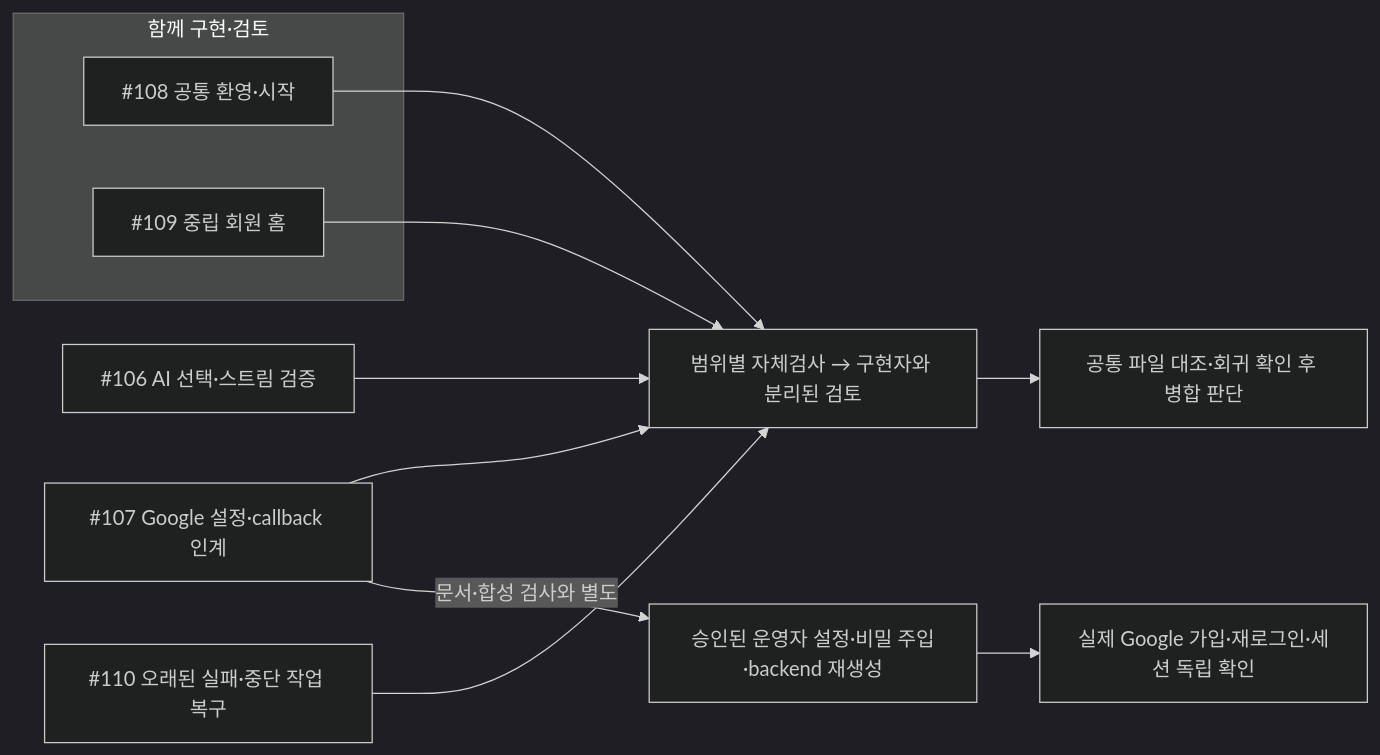
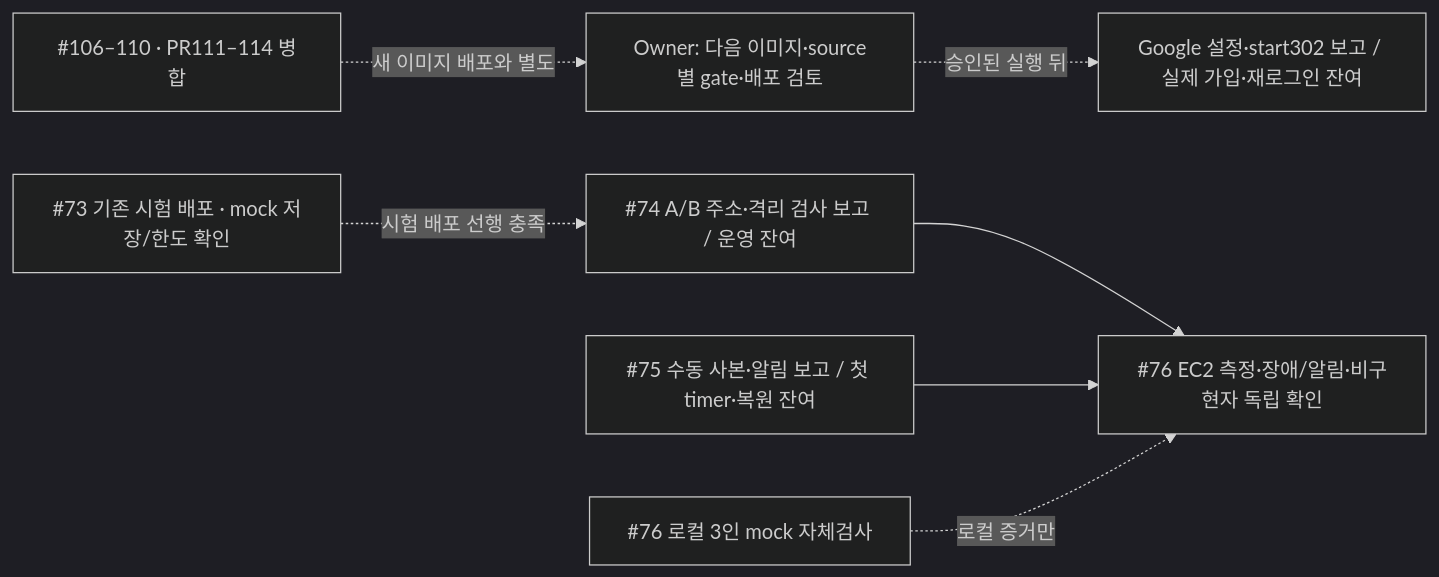
One commit to next-stop-siren/Next-Stop-Siren changed the first of 5 diagrams in docs/02-team/development-flow.md. Above: the diagram before and after it, drawn with Mermaid (dark theme). The commit also changed other lines of this file and 9 other files, not shown here.

````diff
--- a/docs/02-team/development-flow.md
+++ b/docs/02-team/development-flow.md
@@ -18,27 +22,22 @@
 ```mermaid
 flowchart LR
-  AI["#106 AI 선택·스트림 검증"]
-  GOOGLE["#107 Google 설정·callback 인계"]
-  subgraph MEMBER_HOME["함께 구현·검토"]
-    HOME108["#108 공통 환영·시작"]
-    HOME109["#109 중립 회원 홈"]
-  end
-  HISTORY["#110 오래된 실패·중단 작업 복구"]
-  REVIEW["범위별 자체검사 → 구현자와 분리된 검토"]
-  INTEGRATE["공통 파일 대조·회귀 확인 후 병합 판단"]
-  OPERATOR["승인된 운영자 설정·비밀 주입·backend 재생성"]
-  ACCOUNT["실제 Google 가입·재로그인·세션 독립 확인"]
-  AI --> REVIEW
-  GOOGLE --> REVIEW
-  HOME108 --> REVIEW
-  HOME109 --> REVIEW
-  HISTORY --> REVIEW
-  REVIEW --> INTEGRATE
-  GOOGLE -->|"문서·합성 검사와 별도"| OPERATOR
-  OPERATOR --> ACCOUNT
-  click AI "https://github.com/next-stop-siren/Next-Stop-Siren/issues/106"
+  MERGED["#106–110 · PR111–114 병합"]
+  NEXT["Owner: 다음 이미지·source별 gate·배포 검토"]
+  P73["#73 기존 시험 배포 · mock 저장/한도 확인"]
+  P74["#74 A/B 주소·격리 검사 보고 / 운영 잔여"]
+  P75["#75 수동 사본·알림 보고 / 첫 timer·복원 잔여"]
+  LOCAL["#76 로컬 3인 mock 자체검사"]
+  FINAL["#76 EC2 측정·장애/알림·비구현자 독립 확인"]
+  GOOGLE["Google 설정·start302 보고 / 실제 가입·재로그인 잔여"]
+  MERGED -. 새 이미지 배포와 별도 .-> NEXT
+  P73 -. 시험 배포 선행 충족 .-> P74
+  P74 --> FINAL
+  P75 --> FINAL
+  LOCAL -. 로컬 증거만 .-> FINAL
+  NEXT -. 승인된 실행 뒤 .-> GOOGLE
+  click P73 "https://github.com/next-stop-siren/Next-Stop-Siren/issues/73"
+  click P74 "https://github.com/next-stop-siren/Next-Stop-Siren/issues/74"
+  click P75 "https://github.com/next-stop-siren/Next-Stop-Siren/issues/75"
+  click FINAL "https://github.com/next-stop-siren/Next-Stop-Siren/issues/76"
   click GOOGLE "https://github.com/next-stop-siren/Next-Stop-Siren/issues/107"
-  click HOME108 "https://github.com/next-stop-siren/Next-Stop-Siren/issues/108"
-  click HOME109 "https://github.com/next-stop-siren/Next-Stop-Siren/issues/109"
-  click HISTORY "https://github.com/next-stop-siren/Next-Stop-Siren/issues/110"
 ```
````
